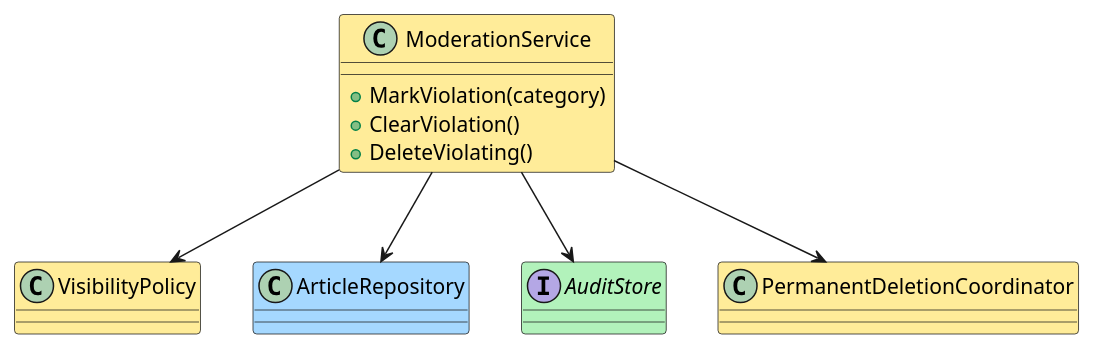
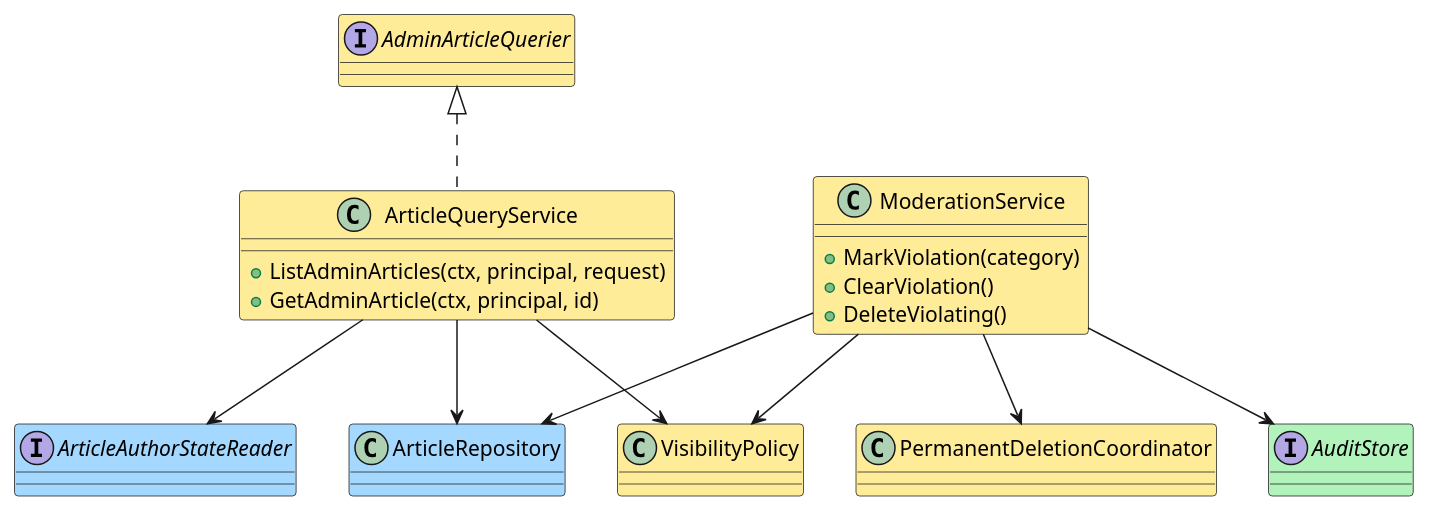
Before and after one commit to jianghua-hub-ai/han: diagram 27 of 28 in .add/project/knowledge/design-workspace/article-management/design.md, drawn with PlantUML. The commit also changed other lines of this file and 26 other files, not shown here.

````diff
--- a/.add/project/knowledge/design-workspace/article-management/design.md
+++ b/.add/project/knowledge/design-workspace/article-management/design.md
@@ -1575,18 +1994,28 @@
 ```plantuml
 @startuml
 skinparam shadowing false
 class ModerationService #ffec99 {
   +MarkViolation(category)
   +ClearViolation()
   +DeleteViolating()
 }
 class VisibilityPolicy #ffec99
 class ArticleRepository #a5d8ff
 interface AuditStore #b2f2bb
 class PermanentDeletionCoordinator #ffec99
+class ArticleQueryService #ffec99 {
+  +ListAdminArticles(ctx, principal, request)
+  +GetAdminArticle(ctx, principal, id)
+}
+interface AdminArticleQuerier #ffec99
+interface ArticleAuthorStateReader #a5d8ff
+AdminArticleQuerier <|.. ArticleQueryService
+ArticleQueryService --> ArticleRepository
+ArticleQueryService --> ArticleAuthorStateReader
+ArticleQueryService --> VisibilityPolicy
 ModerationService --> VisibilityPolicy
 ModerationService --> ArticleRepository
 ModerationService --> AuditStore
 ModerationService --> PermanentDeletionCoordinator
 @enduml
 ```
````
